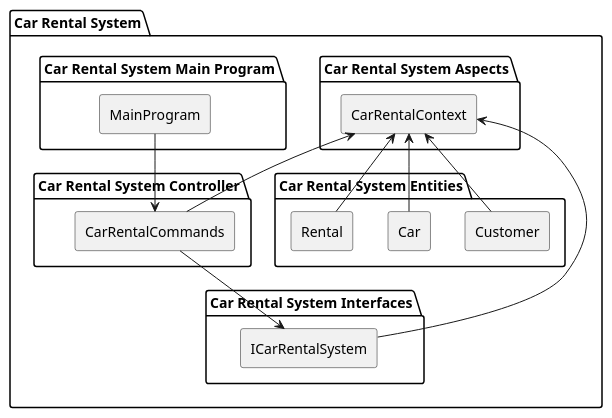
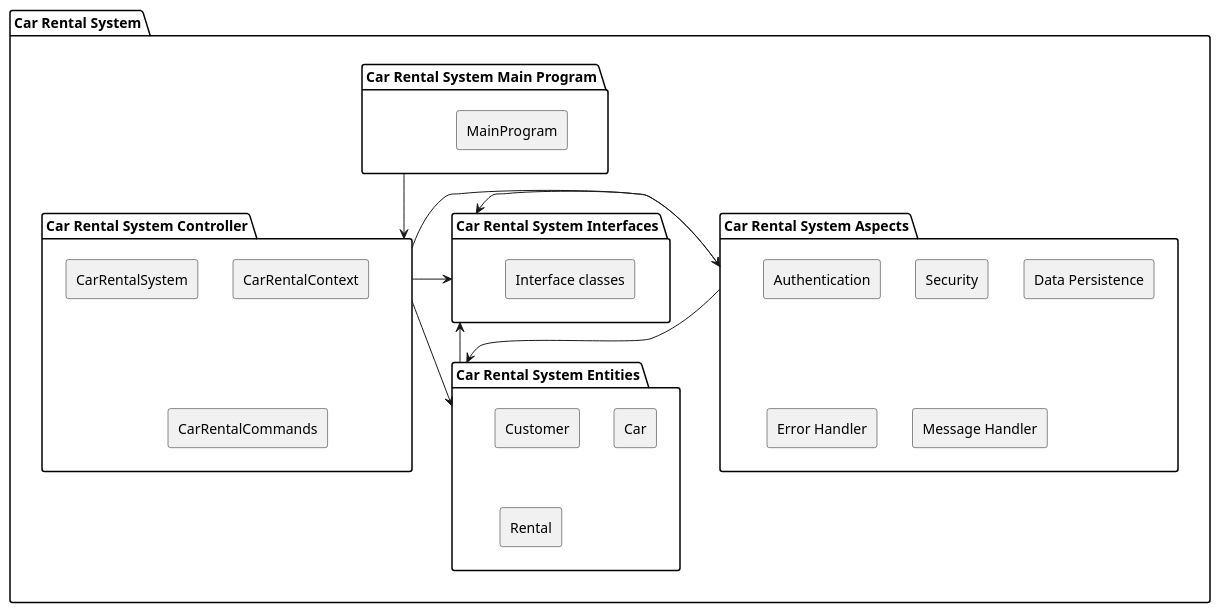
The diagram in CarRentalSystem/CarRentalSystemModels/CarRentalSystemComponents.puml (mdobro1/ChatGPT_CodeGen), drawn with PlantUML before and after one commit. The commit also changed 3 other files, not shown here.

```diff
--- a/CarRentalSystem/CarRentalSystemModels/CarRentalSystemComponents.puml
+++ b/CarRentalSystem/CarRentalSystemModels/CarRentalSystemComponents.puml
@@ -1,33 +1,46 @@
 @startuml
+
 package "Car Rental System" {
-  package "Car Rental System Interfaces" {
-    rectangle "ICarRentalSystem" as ICarRentalSystem
+
+  package "Car Rental System Interfaces" as Interfaces {
+    rectangle "Interface classes"
   }
 
-  package "Car Rental System Entities" {
-    rectangle "Customer" as Customer
+  package "Car Rental System Entities" as Entities {
+    rectangle Customer
     rectangle "Car" as Car
     rectangle "Rental" as Rental
   }
 
-  package "Car Rental System Aspects" {
-    rectangle "CarRentalContext" as CarRentalContext
+  package "Car Rental System Aspects" as Aspects{
+    rectangle "Authentication"
+    rectangle "Security"
+    rectangle "Data Persistence"
+    rectangle "Error Handler"
+    rectangle "Message Handler"
+    rectangle "Data Persistence"
   }
 
-  package "Car Rental System Controller" {
-    rectangle "CarRentalCommands" as CarRentalCommands
+  package "Car Rental System Controller" as Controller {
+    rectangle "CarRentalSystem" 
+    rectangle "CarRentalContext"
+    rectangle "CarRentalCommands"
   }
 
-  package "Car Rental System Main Program" {
+  package "Car Rental System Main Program" as Main {
     rectangle "MainProgram" as MainProgram
   }
 
-  ICarRentalSystem --> CarRentalContext
-  CarRentalContext <- Customer
-  CarRentalContext <- Car
-  CarRentalContext <-- Rental
-  CarRentalContext <-- CarRentalCommands
-  MainProgram --> CarRentalCommands
-  CarRentalCommands --> ICarRentalSystem
+  Main -down-> Controller
+
+  Controller -right-> Aspects
+  Controller -down-> Entities
+
+  Aspects -down-> Entities
+
+  Controller -left-> Interfaces
+  Entities -up-> Interfaces
+  
+  Aspects -> Interfaces
 }
 @enduml
```
